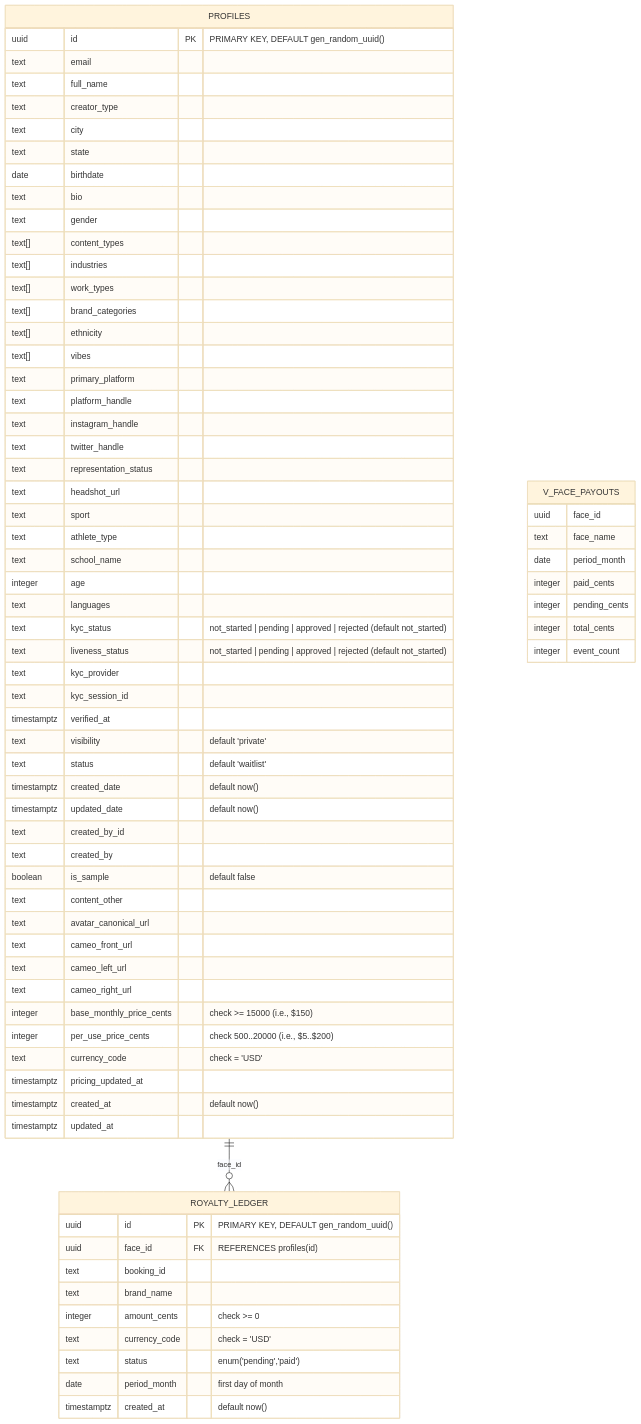
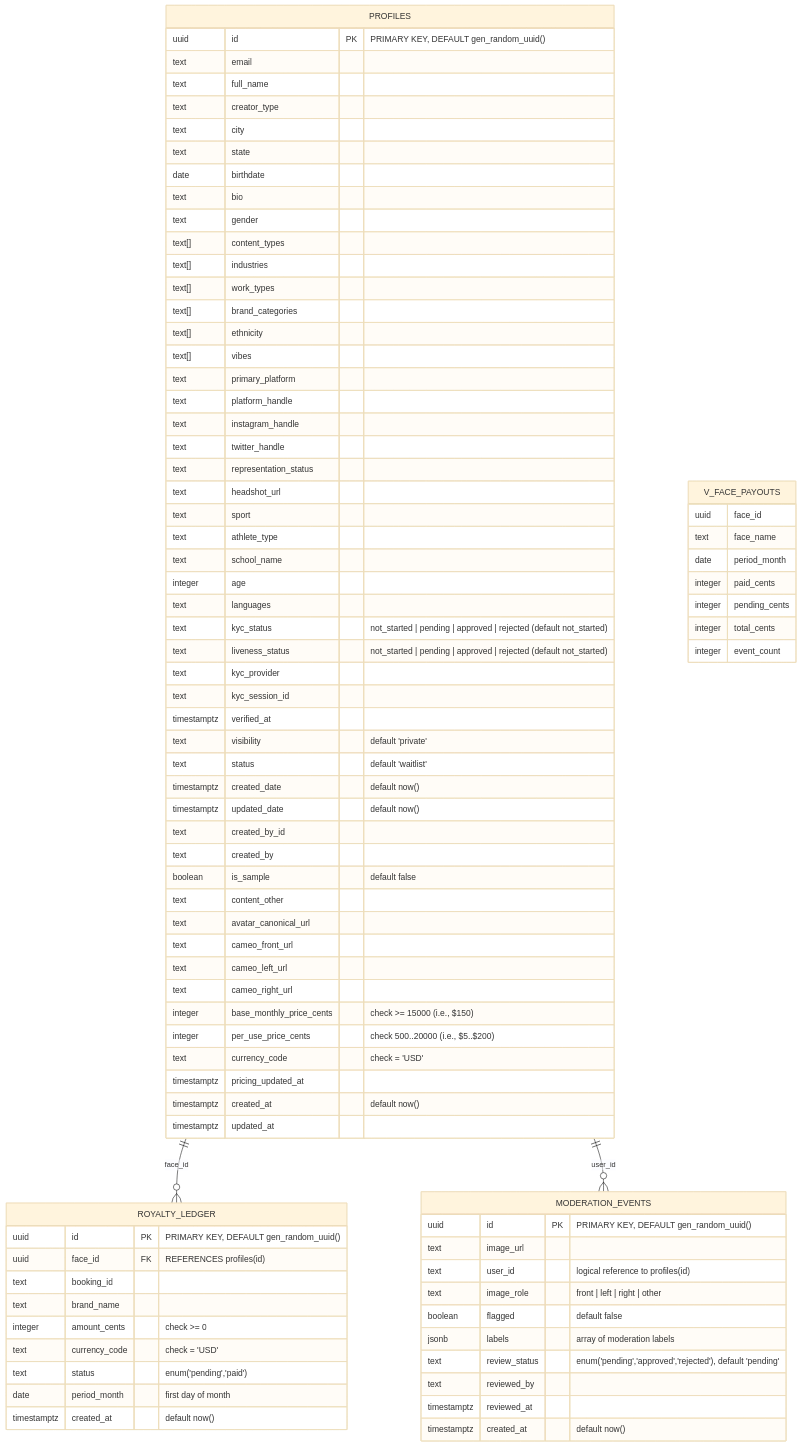
One commit to ADORSYS-GIS/likelee-ai changed the diagram in docs/er-diagram.md. Above: the diagram before and after it, drawn with Mermaid (base theme). The commit also changed other lines of this file and 21 other files, not shown here.

Commit message:
feat(creator flow): Implement the on-upload image scanning process (via AWS Rekognition) for image moderation.

````diff
--- a/docs/er-diagram.md
+++ b/docs/er-diagram.md
@@ -105,6 +106,19 @@
     timestamptz created_at "default now()"
   }
 
+  MODERATION_EVENTS {
+    uuid id PK "PRIMARY KEY, DEFAULT gen_random_uuid()"
+    text image_url
+    text user_id "logical reference to profiles(id)"
+    text image_role "front | left | right | other"
+    boolean flagged "default false"
+    jsonb labels "array of moderation labels"
+    text review_status "enum('pending','approved','rejected'), default 'pending'"
+    text reviewed_by
+    timestamptz reviewed_at
+    timestamptz created_at "default now()"
+  }
+
   V_FACE_PAYOUTS {
     uuid face_id
     text face_name
@@ -116,4 +130,5 @@
   }
 
   PROFILES ||--o{ ROYALTY_LEDGER : face_id
+  PROFILES ||--o{ MODERATION_EVENTS : user_id
 ```
````
